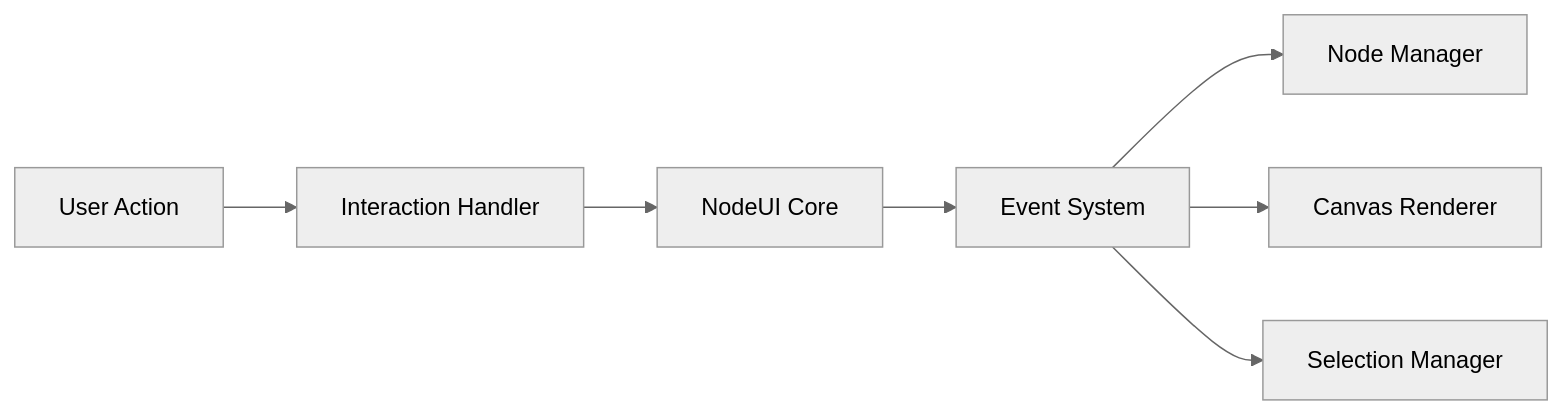
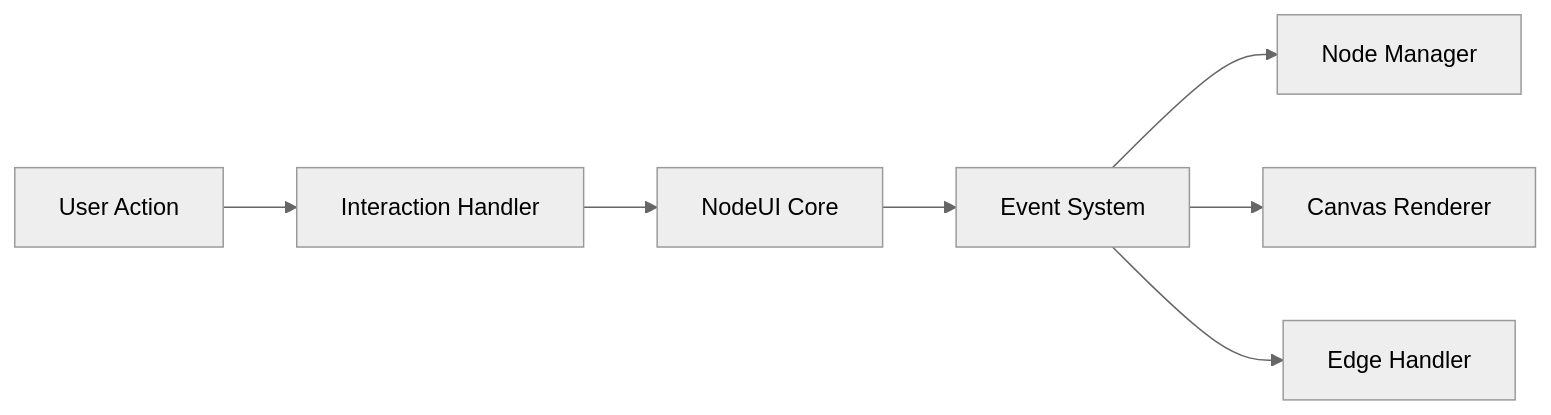
One commit to DangerDrome/NodeUI changed the fourth of 4 diagrams in memory-bank/systemPatterns.md. Above: the diagram before and after it, drawn with Mermaid (neutral theme). The commit also changed other lines of this file and 14 other files, not shown here.

````diff
--- a/memory-bank/systemPatterns.md
+++ b/memory-bank/systemPatterns.md
@@ -133,9 +130,9 @@
 ```mermaid
 flowchart LR
     UI[User Action] --> InteractionHandler[Interaction Handler]
     InteractionHandler --> NodeUI[NodeUI Core]
     NodeUI --> EventSystem[Event System]
     EventSystem --> NodeManager[Node Manager]
     EventSystem --> CanvasRenderer[Canvas Renderer]
-    EventSystem --> SelectionManager[Selection Manager]
+    EventSystem --> EdgeHandler[Edge Handler]
 ```
````
